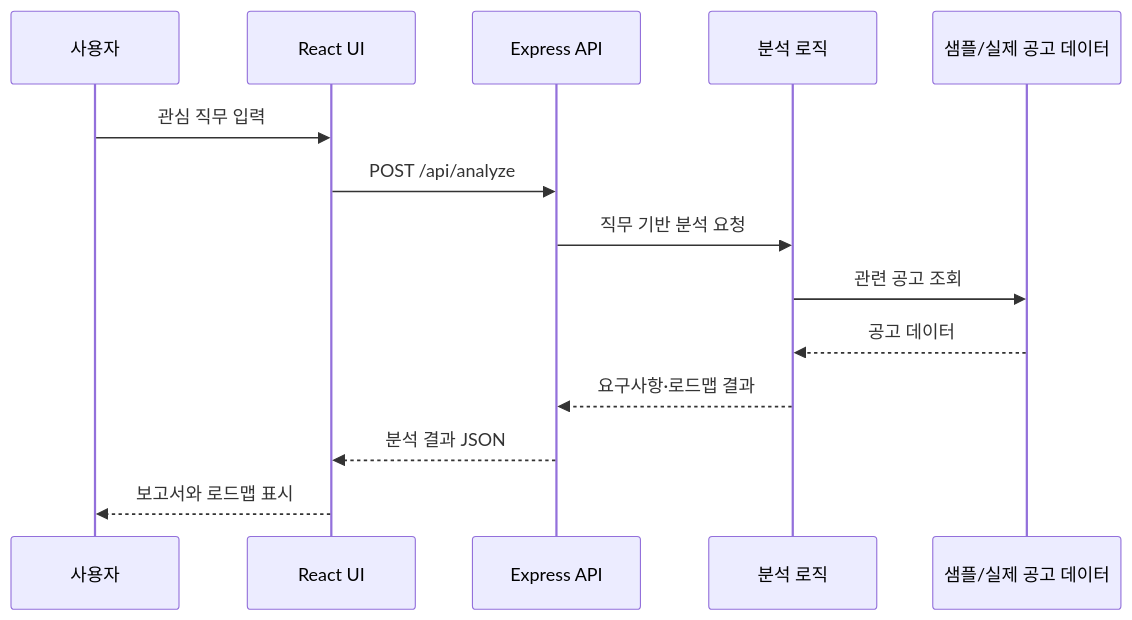
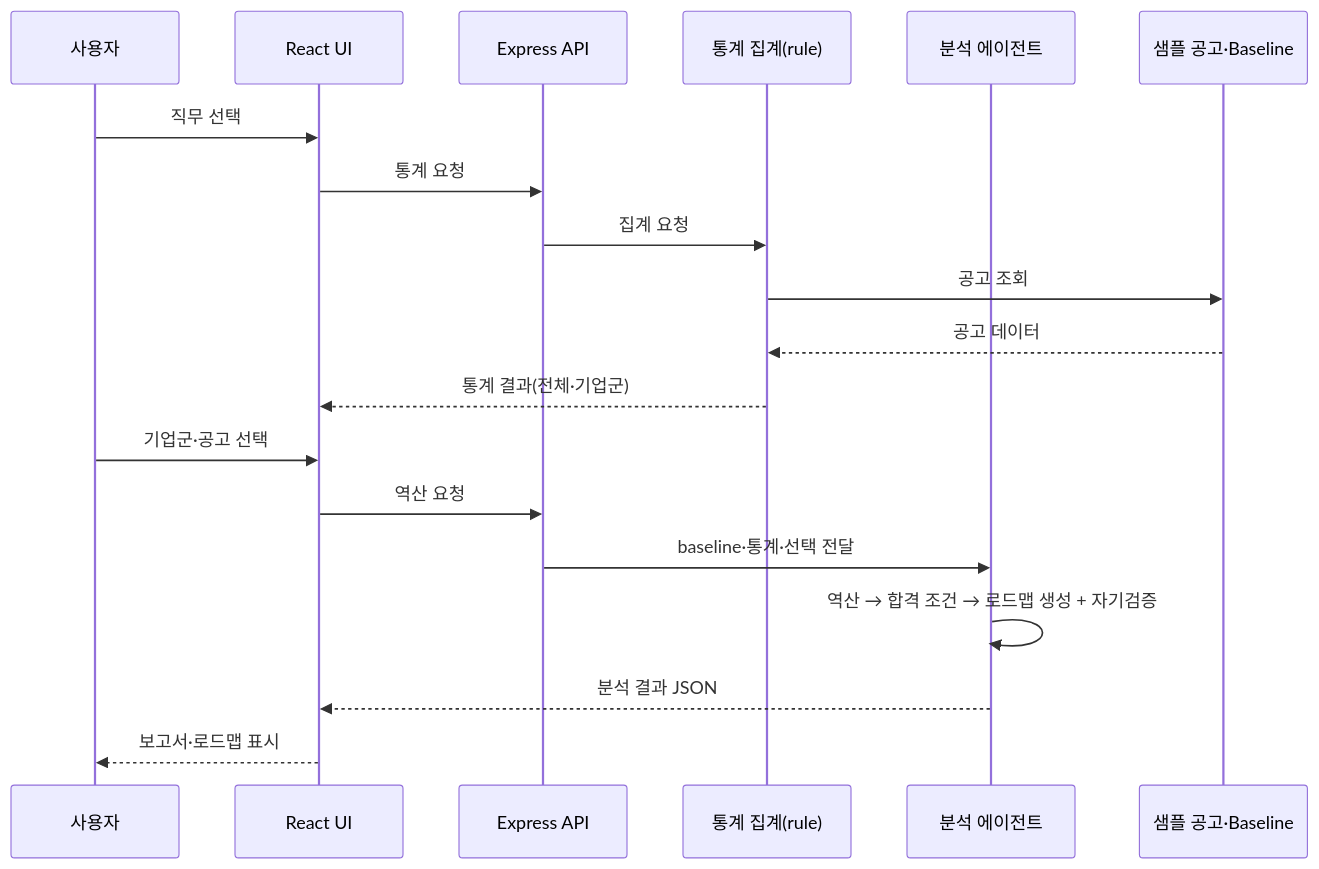
Before and after one commit to Mureung1/hub-showcase: the third of 3 diagrams in docs/architecture.md, drawn with Mermaid. The commit also changed other lines of this file and 1 other file, not shown here.

Commit message:
docs: rework plan and architecture for backend-first reverse-engineering scope

````diff
--- a/docs/architecture.md
+++ b/docs/architecture.md
@@ -53,17 +69,22 @@
 ```mermaid
 sequenceDiagram
     participant User as 사용자
     participant UI as React UI
     participant API as Express API
-    participant Logic as 분석 로직
-    participant Data as 샘플/실제 공고 데이터
+    participant Stat as 통계 집계(rule)
+    participant Agent as 분석 에이전트
+    participant Data as 샘플 공고·Baseline
 
-    User->>UI: 관심 직무 입력
-    UI->>API: POST /api/analyze
-    API->>Logic: 직무 기반 분석 요청
-    Logic->>Data: 관련 공고 조회
-    Data-->>Logic: 공고 데이터
-    Logic-->>API: 요구사항·로드맵 결과
-    API-->>UI: 분석 결과 JSON
-    UI-->>User: 보고서와 로드맵 표시
+    User->>UI: 직무 선택
+    UI->>API: 통계 요청
+    API->>Stat: 집계 요청
+    Stat->>Data: 공고 조회
+    Data-->>Stat: 공고 데이터
+    Stat-->>UI: 통계 결과(전체·기업군)
+    User->>UI: 기업군·공고 선택
+    UI->>API: 역산 요청
+    API->>Agent: baseline·통계·선택 전달
+    Agent->>Agent: 역산 → 합격 조건 → 로드맵 생성 + 자기검증
+    Agent-->>UI: 분석 결과 JSON
+    UI-->>User: 보고서·로드맵 표시
 ```
````
